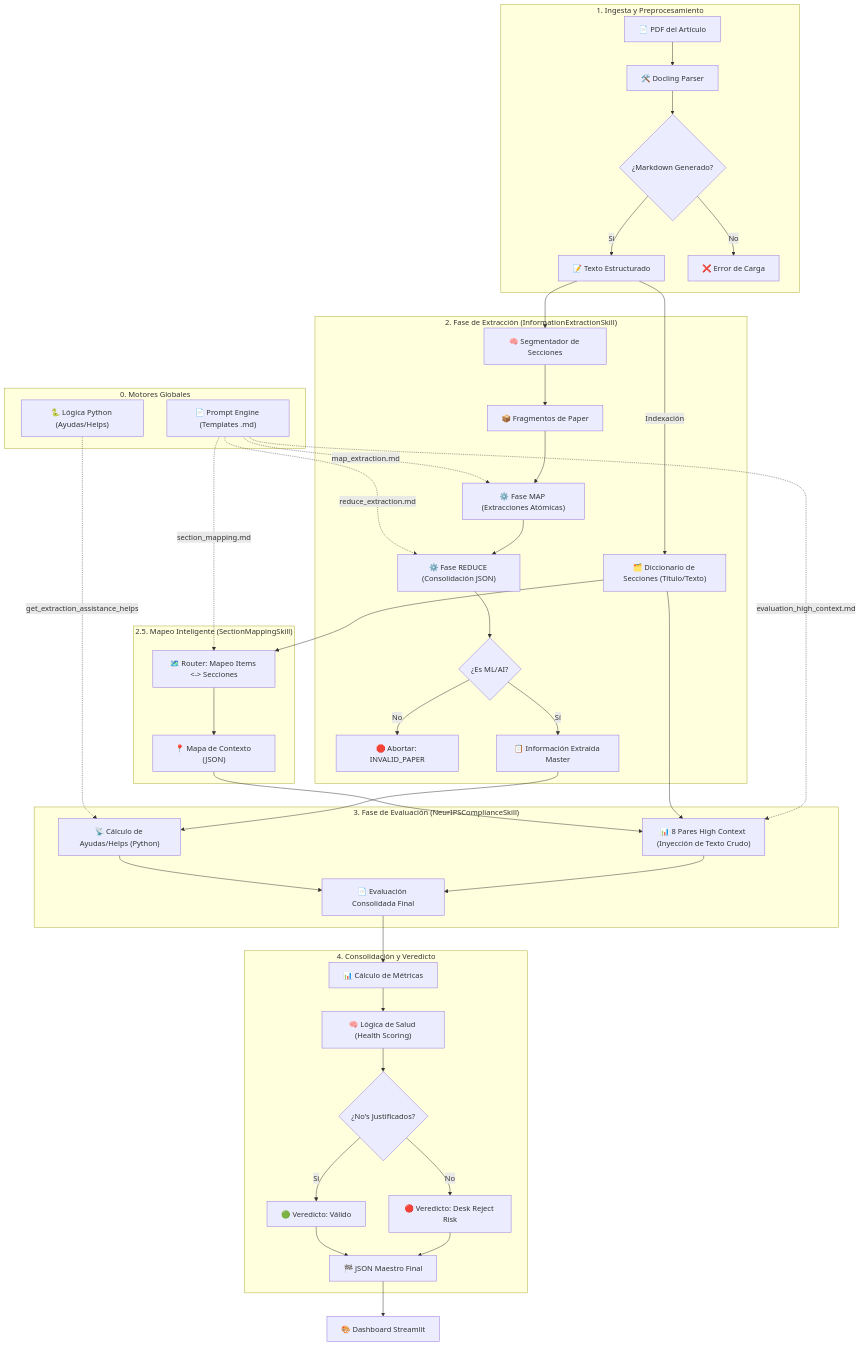
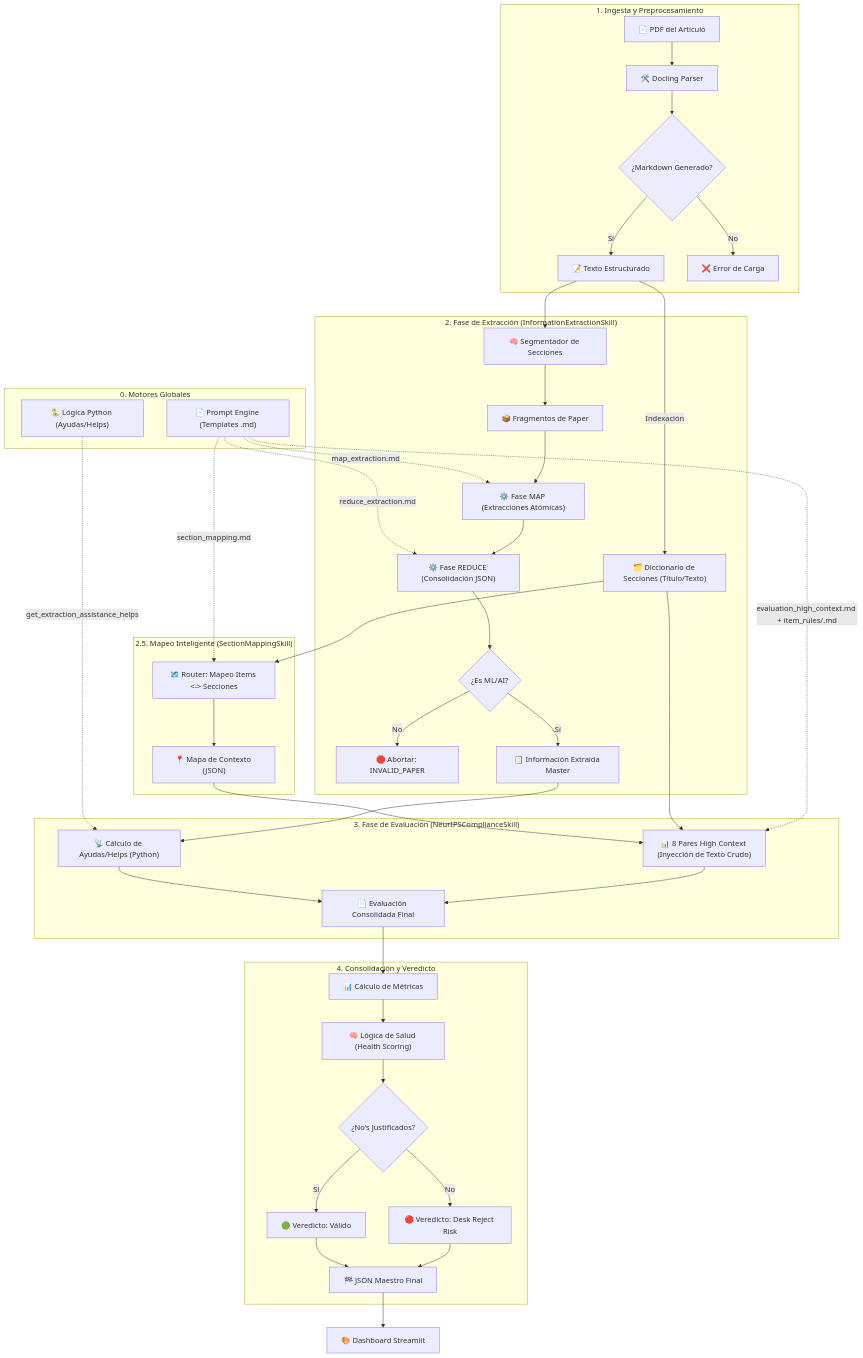
The diagram in AUDITOR_WORKFLOW.md (pedrosalvo04/TFG.-llm-paper-auditor), drawn with Mermaid before and after one commit. The commit also changed other lines of this file and 26 other files, not shown here.

````diff
--- a/AUDITOR_WORKFLOW.md
+++ b/AUDITOR_WORKFLOW.md
@@ -20,54 +26,54 @@
 ```mermaid
 graph TD
     subgraph "0. Motores Globales"
         PE["📄 Prompt Engine (Templates .md)"]
         PY["🐍 Lógica Python (Ayudas/Helps)"]
     end
 
     subgraph "1. Ingesta y Preprocesamiento"
         A["📄 PDF del Artículo"] --> B["🛠️ Docling Parser"]
         B --> C{"¿Markdown Generado?"}
         C -- "Sí" --> D["📝 Texto Estructurado"]
         C -- "No" --> E["❌ Error de Carga"]
     end
 
     subgraph "2. Fase de Extracción (InformationExtractionSkill)"
         D --> F["🧠 Segmentador de Secciones"]
         F --> G["📦 Fragmentos de Paper"]
         PE -. "map_extraction.md" .-> H
         G --> H["⚙️ Fase MAP (Extracciones Atómicas)"]
         PE -. "reduce_extraction.md" .-> I
         H --> I["⚙️ Fase REDUCE (Consolidación JSON)"]
         I --> J{"¿Es ML/AI?"}
         J -- "No" --> K["🛑 Abortar: INVALID_PAPER"]
         J -- "Sí" --> L["📋 Información Extraída Master"]
         D -- "Indexación" --> LS["🗂️ Diccionario de Secciones (Título/Texto)"]
     end
 
     subgraph "2.5. Mapeo Inteligente (SectionMappingSkill)"
         LS --> M1["🗺️ Router: Mapeo Items <-> Secciones"]
         PE -. "section_mapping.md" .-> M1
         M1 --> M2["📍 Mapa de Contexto (JSON)"]
     end
 
     subgraph "3. Fase de Evaluación (NeurIPSComplianceSkill)"
         PY -. "get_extraction_assistance_helps" .-> N1
         L --> N1["📡 Cálculo de Ayudas/Helps (Python)"]
         
         M2 & LS --> N3["📊 8 Pares High Context (Inyección de Texto Crudo)"]
-        PE -. "evaluation_high_context.md" .-> N3
+        PE -. "evaluation_high_context.md + item_rules/<item>.md" .-> N3
         
         N1 & N3 --> O["📄 Evaluación Consolidada Final"]
     end
 
     subgraph "4. Consolidación y Veredicto"
         O --> V["📊 Cálculo de Métricas"]
         V --> W["🧠 Lógica de Salud (Health Scoring)"]
         W --> X{"¿No's Justificados?"}
         X -- "Sí" --> Y["🟢 Veredicto: Válido"]
         X -- "No" --> Z["🔴 Veredicto: Desk Reject Risk"]
         Y & Z --> AA["🏁 JSON Maestro Final"]
     end
 
     AA --> AB["🎨 Dashboard Streamlit"]
 ```
````
